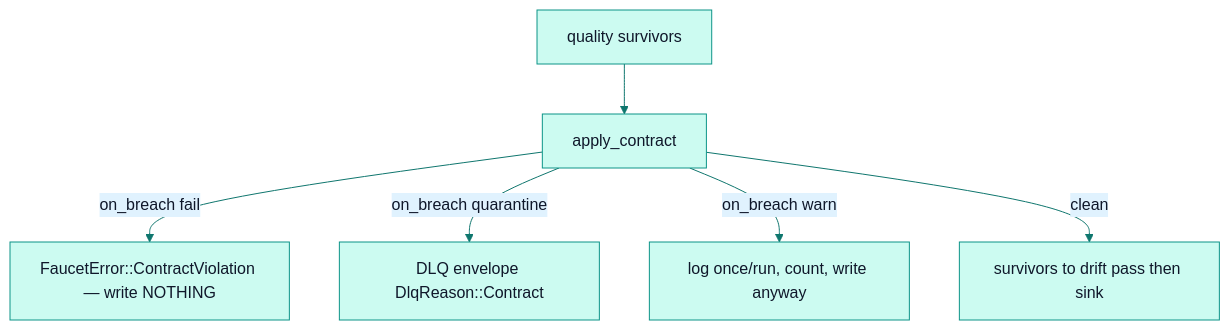
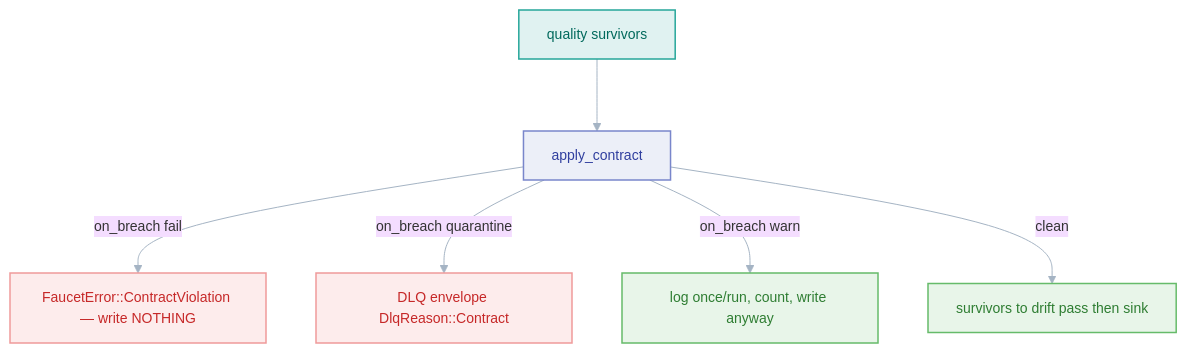
The diagram in docs/architecture/contracts.md (PawanSikawat/faucet-stream), drawn with Mermaid before and after one commit. The commit also changed 28 other files, not shown here.

First line of the commit message:
docs: upgrade Mermaid diagrams to V2 role-coded style

````diff
--- a/docs/architecture/contracts.md
+++ b/docs/architecture/contracts.md
@@ -40,9 +40,17 @@
 ```mermaid
-%%{init: {'theme':'base','themeVariables':{'primaryColor':'#ccfbf1','primaryTextColor':'#0f172a','primaryBorderColor':'#0d9488','lineColor':'#0f766e','secondaryColor':'#e0f2fe','tertiaryColor':'#f0fdfa','fontFamily':'-apple-system,BlinkMacSystemFont,Segoe UI,sans-serif'}}}%%
+%%{init: {'theme':'base','flowchart':{'curve':'basis','nodeSpacing':50,'rankSpacing':72,'padding':14},'themeVariables':{'fontFamily':'-apple-system,BlinkMacSystemFont,Segoe UI,sans-serif','fontSize':'14px','lineColor':'#a5b4c4','clusterBkg':'#f8fafc','clusterBorder':'#e2e8f0'}}}%%
 flowchart TD
     PG[quality survivors] --> AP[apply_contract]
     AP -->|on_breach fail| AB[FaucetError::ContractViolation — write NOTHING]
     AP -->|on_breach quarantine| DLQ[DLQ envelope DlqReason::Contract]
     AP -->|on_breach warn| WRN[log once/run, count, write anyway]
     AP -->|clean| SUR[survivors to drift pass then sink]
+    classDef src fill:#e0f2f1,stroke:#26a69a,stroke-width:1.5px,color:#00695c
+    classDef proc fill:#eceff8,stroke:#7986cb,stroke-width:1.5px,color:#303f9f
+    classDef good fill:#e8f5e9,stroke:#66bb6a,stroke-width:1.5px,color:#2e7d32
+    classDef bad fill:#fdecec,stroke:#ef9a9a,stroke-width:1.5px,color:#c62828
+    class PG src
+    class AP proc
+    class WRN,SUR good
+    class AB,DLQ bad
 ```
````
